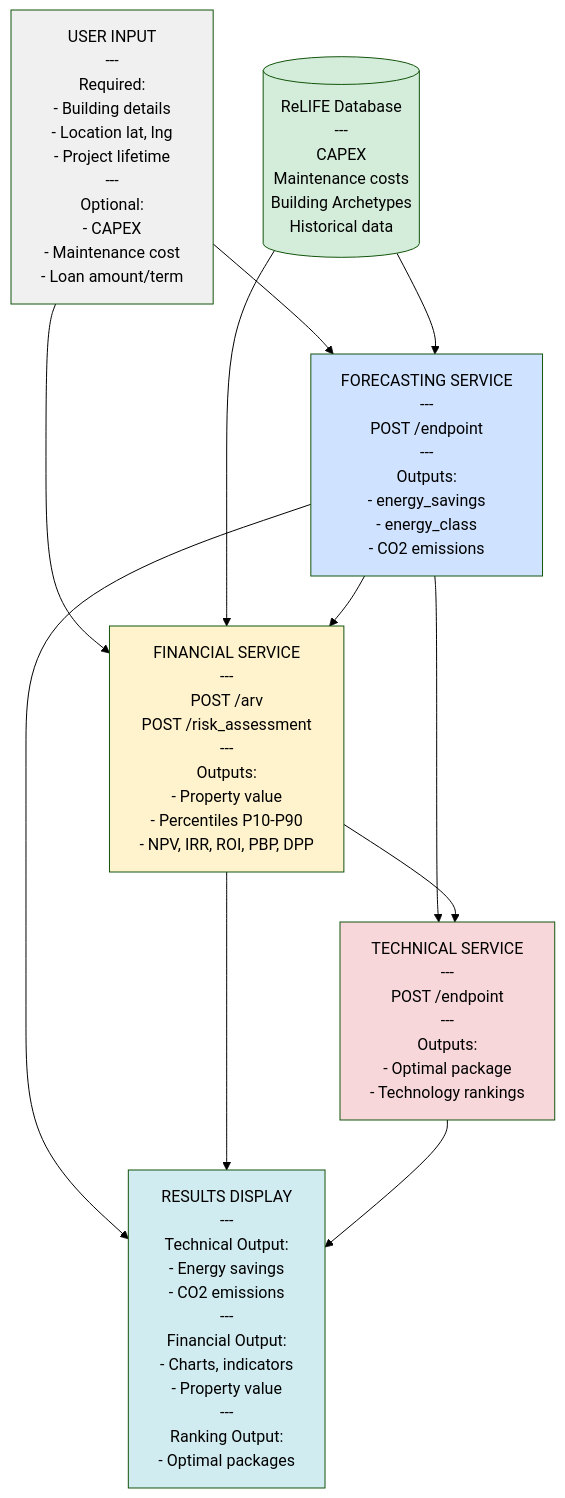
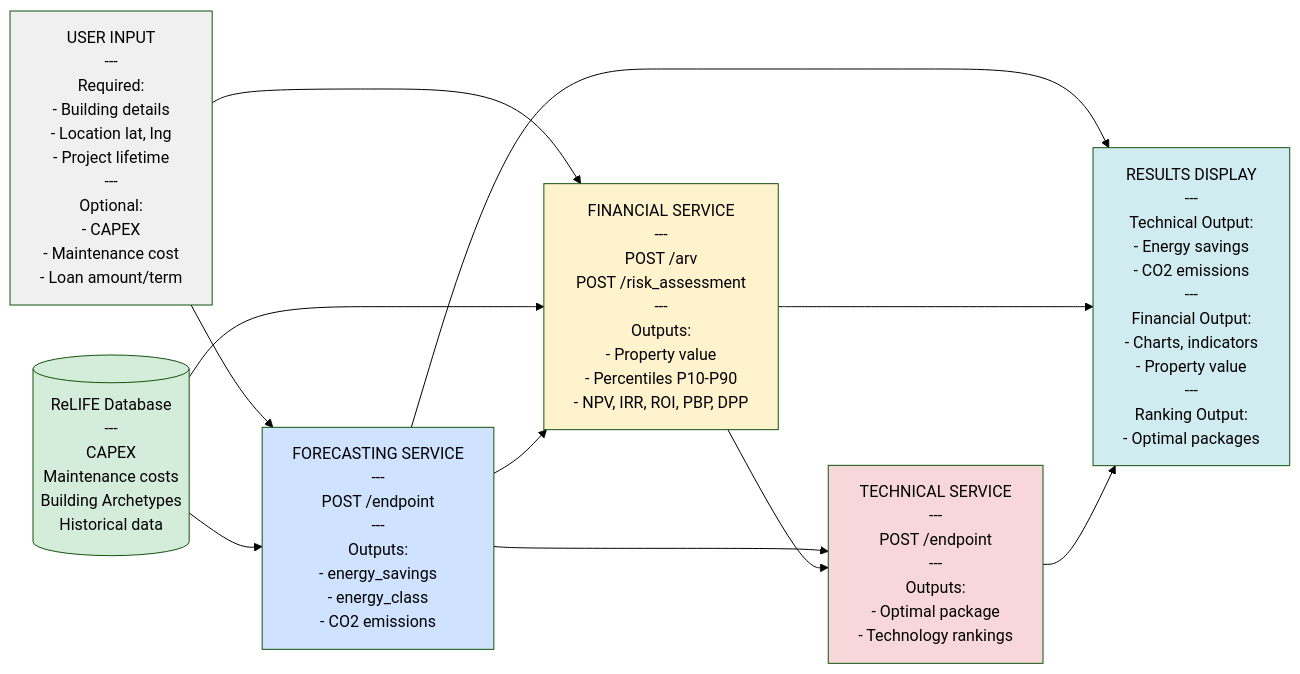
The fifth of 7 diagrams in .cursor/skills/tool-sequences/SKILL.md (ReLIFE-Project-EU/relife-web-ui), drawn with Mermaid (forest theme) before and after one commit. The commit also changed other lines of this file, not shown here.

Commit message:
📝 Refine SKILL.md guidelines for Mermaid diagrams

````diff
--- a/.cursor/skills/tool-sequences/SKILL.md
+++ b/.cursor/skills/tool-sequences/SKILL.md
@@ -383,35 +402,35 @@
 ```mermaid
-flowchart TD
-    UserInput[USER INPUT<br/>---<br/>Required:<br/>- Building details<br/>- Location lat, lng<br/>- Project lifetime<br/>---<br/>Optional:<br/>- CAPEX<br/>- Maintenance cost<br/>- Loan amount/term]
+flowchart LR
+    UserInput["USER INPUT<br/>---<br/>Required:<br/>- Building details<br/>- Location lat, lng<br/>- Project lifetime<br/>---<br/>Optional:<br/>- CAPEX<br/>- Maintenance cost<br/>- Loan amount/term"]
 
-    DB[(ReLIFE Database<br/>---<br/>CAPEX<br/>Maintenance costs<br/>Building Archetypes<br/>Historical data)]
+    DB[("ReLIFE Database<br/>---<br/>CAPEX<br/>Maintenance costs<br/>Building Archetypes<br/>Historical data")]
 
-    Forecasting[FORECASTING SERVICE<br/>---<br/>POST /endpoint<br/>---<br/>Outputs:<br/>- energy_savings<br/>- energy_class<br/>- CO2 emissions]
+    Forecasting["FORECASTING SERVICE<br/>---<br/>POST /endpoint<br/>---<br/>Outputs:<br/>- energy_savings<br/>- energy_class<br/>- CO2 emissions"]
 
-    Financial[FINANCIAL SERVICE<br/>---<br/>POST /arv<br/>POST /risk_assessment<br/>---<br/>Outputs:<br/>- Property value<br/>- Percentiles P10-P90<br/>- NPV, IRR, ROI, PBP, DPP]
+    Financial["FINANCIAL SERVICE<br/>---<br/>POST /arv<br/>POST /risk_assessment<br/>---<br/>Outputs:<br/>- Property value<br/>- Percentiles P10-P90<br/>- NPV, IRR, ROI, PBP, DPP"]
 
-    Technical[TECHNICAL SERVICE<br/>---<br/>POST /endpoint<br/>---<br/>Outputs:<br/>- Optimal package<br/>- Technology rankings]
+    Technical["TECHNICAL SERVICE<br/>---<br/>POST /endpoint<br/>---<br/>Outputs:<br/>- Optimal package<br/>- Technology rankings"]
 
-    Output[RESULTS DISPLAY<br/>---<br/>Technical Output:<br/>- Energy savings<br/>- CO2 emissions<br/>---<br/>Financial Output:<br/>- Charts, indicators<br/>- Property value<br/>---<br/>Ranking Output:<br/>- Optimal packages]
+    Output["RESULTS DISPLAY<br/>---<br/>Technical Output:<br/>- Energy savings<br/>- CO2 emissions<br/>---<br/>Financial Output:<br/>- Charts, indicators<br/>- Property value<br/>---<br/>Ranking Output:<br/>- Optimal packages"]
 
     UserInput --> Forecasting
     DB --> Forecasting
 
     UserInput --> Financial
     DB --> Financial
     Forecasting --> Financial
 
     Forecasting --> Technical
     Financial --> Technical
 
     Forecasting --> Output
     Financial --> Output
     Technical --> Output
 
     style UserInput fill:#f0f0f0
     style DB fill:#d4edda
     style Forecasting fill:#cfe2ff
     style Financial fill:#fff3cd
     style Technical fill:#f8d7da
     style Output fill:#d1ecf1
 ```
````
